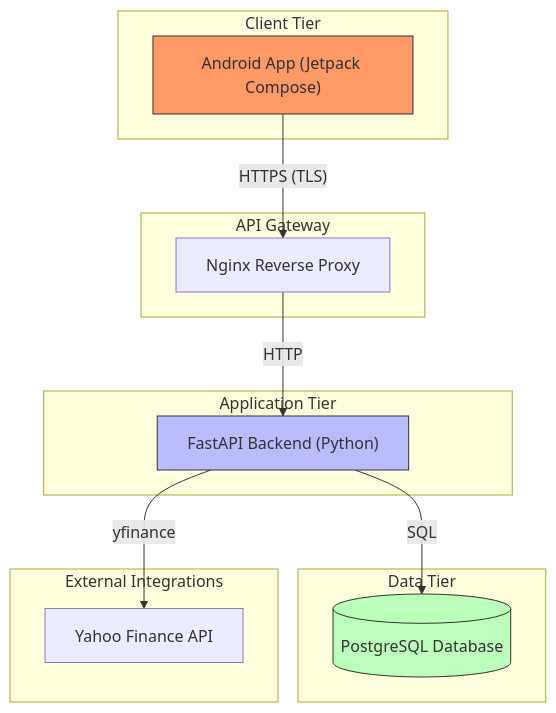
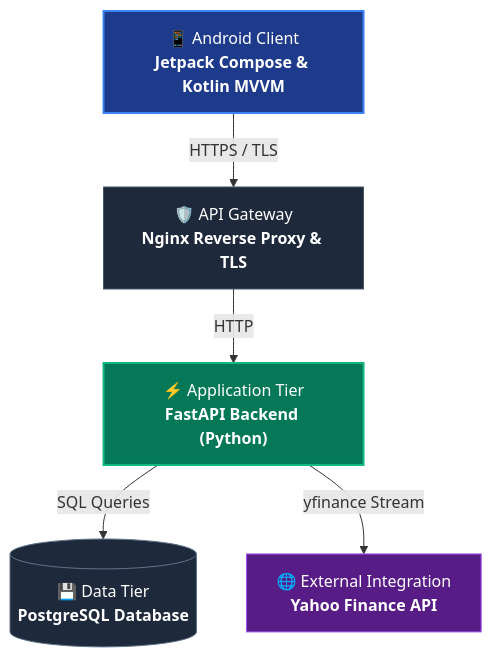
The first of 2 diagrams in content/projects/alphatracer-mobile/index.en.md (sebian-lab/sebian-lab.github.io), drawn with Mermaid before and after one commit. The commit also changed other lines of this file and 2 other files, not shown here.

Commit message:
Improve article readability by removing redundant author box/TOC and optimizing Mermaid diagrams

```diff
--- a/content/projects/alphatracer-mobile/index.en.md
+++ b/content/projects/alphatracer-mobile/index.en.md
@@ -41,31 +45,19 @@
 {{< mermaid >}}
 graph TD
-    subgraph ClientTier ["Client Tier"]
-        A["Android App (Jetpack Compose)"]
-    end
-    
-    subgraph Gateway ["API Gateway"]
-        B["Nginx Reverse Proxy"]
-    end
-    
-    subgraph AppTier ["Application Tier"]
-        C["FastAPI Backend (Python)"]
-    end
-    
-    subgraph DataTier ["Data Tier"]
-        D[("PostgreSQL Database")]
-    end
-    
-    subgraph ExtIntegrations ["External Integrations"]
-        E["Yahoo Finance API"]
-    end
-    
-    A -->|"HTTPS (TLS)"| B
-    B -->|HTTP| C
-    C -->|SQL| D
-    C -->|yfinance| E
+    Client["📱 Android Client<br><b>Jetpack Compose & Kotlin MVVM</b>"]
+    Gateway["🛡️ API Gateway<br><b>Nginx Reverse Proxy & TLS</b>"]
+    Backend["⚡ Application Tier<br><b>FastAPI Backend (Python)</b>"]
+    DB[("💾 Data Tier<br><b>PostgreSQL Database</b>")]
+    Finance["🌐 External Integration<br><b>Yahoo Finance API</b>"]
 
-    style A fill:#f96,stroke:#333
-    style C fill:#bbf,stroke:#333
-    style D fill:#bfb,stroke:#333
+    Client -->|"HTTPS / TLS"| Gateway
+    Gateway -->|"HTTP"| Backend
+    Backend -->|"SQL Queries"| DB
+    Backend -->|"yfinance Stream"| Finance
+
+    style Client fill:#1e3a8a,stroke:#3b82f6,stroke-width:2px,color:#fff
+    style Gateway fill:#1e293b,stroke:#475569,stroke-width:1px,color:#fff
+    style Backend fill:#047857,stroke:#10b981,stroke-width:2px,color:#fff
+    style DB fill:#1e293b,stroke:#64748b,stroke-width:1px,color:#fff
+    style Finance fill:#581c87,stroke:#a855f7,stroke-width:1px,color:#fff
 {{< /mermaid >}}
```
